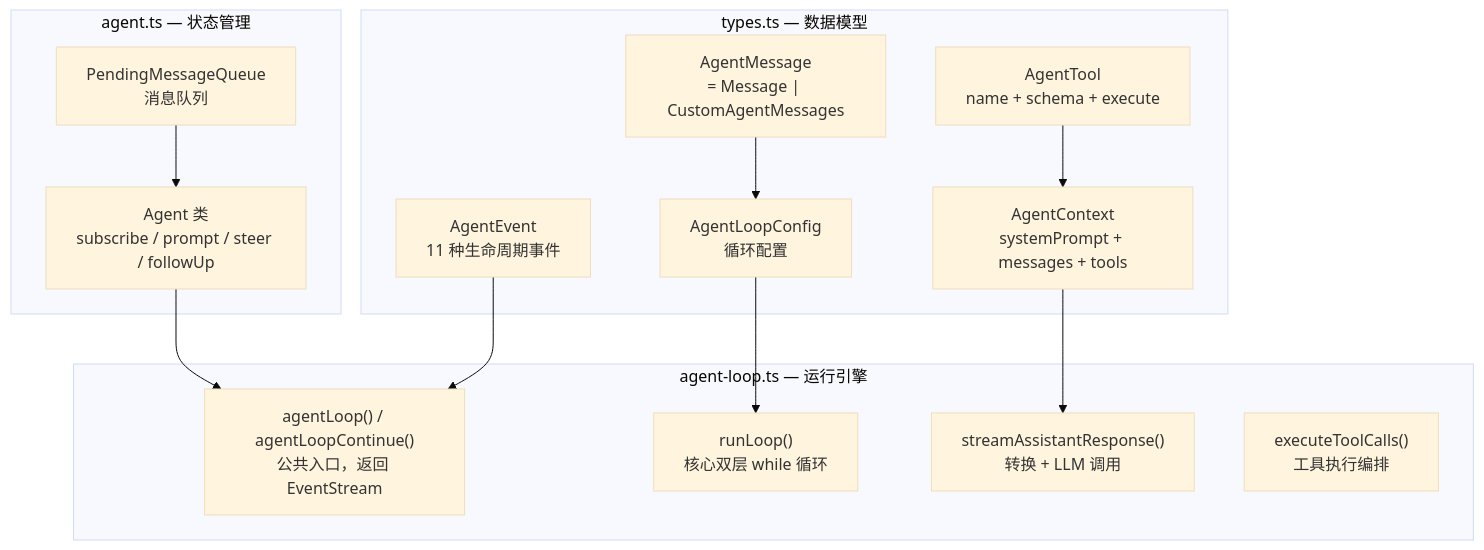
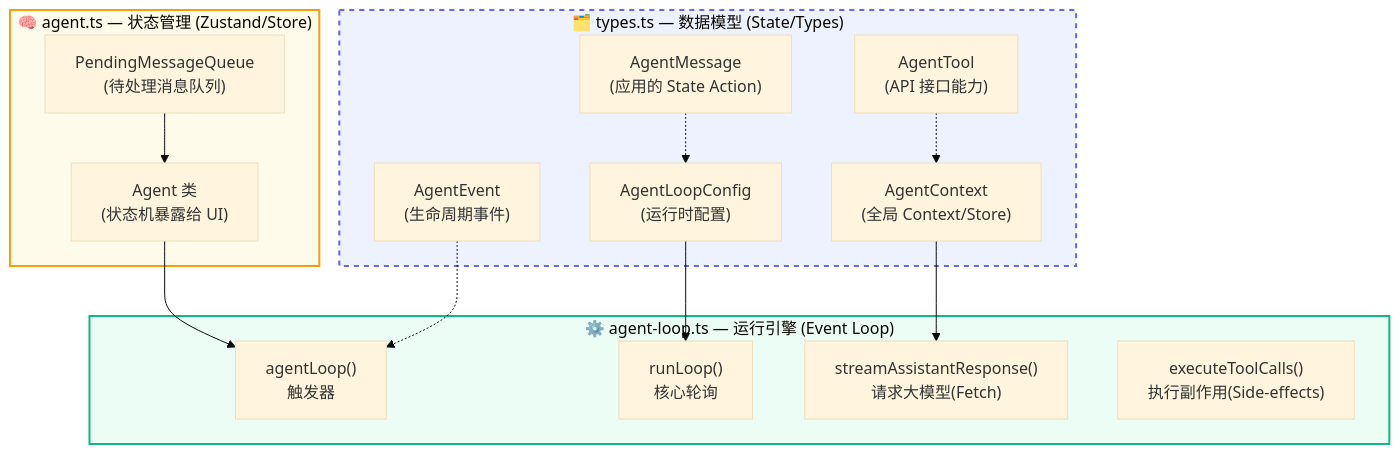
The first of 4 diagrams in guide_agent_core.md (OldDream/pi-mono), drawn with Mermaid (base theme) before and after one commit. The commit also changed other lines of this file and 2 other files, not shown here.

````diff
--- a/guide_agent_core.md
+++ b/guide_agent_core.md
@@ -37,30 +43,33 @@
 ```mermaid
 graph TB
-    subgraph "types.ts — 数据模型"
-        AM["AgentMessage<br/>= Message | CustomAgentMessages"]
-        AT["AgentTool<br/>name + schema + execute"]
-        AE["AgentEvent<br/>11 种生命周期事件"]
-        ALC["AgentLoopConfig<br/>循环配置"]
-        AC["AgentContext<br/>systemPrompt + messages + tools"]
+    subgraph DataModel ["🗂️ types.ts — 数据模型 (State/Types)"]
+        style DataModel fill:#eef2ff,stroke:#6366f1,stroke-width:2px,stroke-dasharray: 5 5
+        AM["AgentMessage<br/>(应用的 State Action)"]
+        AT["AgentTool<br/>(API 接口能力)"]
+        AE["AgentEvent<br/>(生命周期事件)"]
+        ALC["AgentLoopConfig<br/>(运行时配置)"]
+        AC["AgentContext<br/>(全局 Context/Store)"]
     end
     
-    subgraph "agent-loop.ts — 运行引擎"
-        AL["agentLoop() / agentLoopContinue()<br/>公共入口，返回 EventStream"]
-        RL["runLoop()<br/>核心双层 while 循环"]
-        SAR["streamAssistantResponse()<br/>转换 + LLM 调用"]
-        ETC["executeToolCalls()<br/>工具执行编排"]
+    subgraph Engine ["⚙️ agent-loop.ts — 运行引擎 (Event Loop)"]
+        style Engine fill:#ecfdf5,stroke:#10b981,stroke-width:2px
+        AL["agentLoop()<br/>触发器"]
+        RL["runLoop()<br/>核心轮询"]
+        SAR["streamAssistantResponse()<br/>请求大模型(Fetch)"]
+        ETC["executeToolCalls()<br/>执行副作用(Side-effects)"]
     end
     
-    subgraph "agent.ts — 状态管理"
-        AG["Agent 类<br/>subscribe / prompt / steer / followUp"]
-        PQ["PendingMessageQueue<br/>消息队列"]
+    subgraph State ["🧠 agent.ts — 状态管理 (Zustand/Store)"]
+        style State fill:#fffbeb,stroke:#f59e0b,stroke-width:2px
+        AG["Agent 类<br/>(状态机暴露给 UI)"]
+        PQ["PendingMessageQueue<br/>(待处理消息队列)"]
     end
     
-    AM --> ALC
-    AT --> AC
-    AE --> AL
+    AM -.-> ALC
+    AT -.-> AC
+    AE -.-> AL
     ALC --> RL
     AC --> SAR
     AG --> AL
     PQ --> AG
 ```
````
